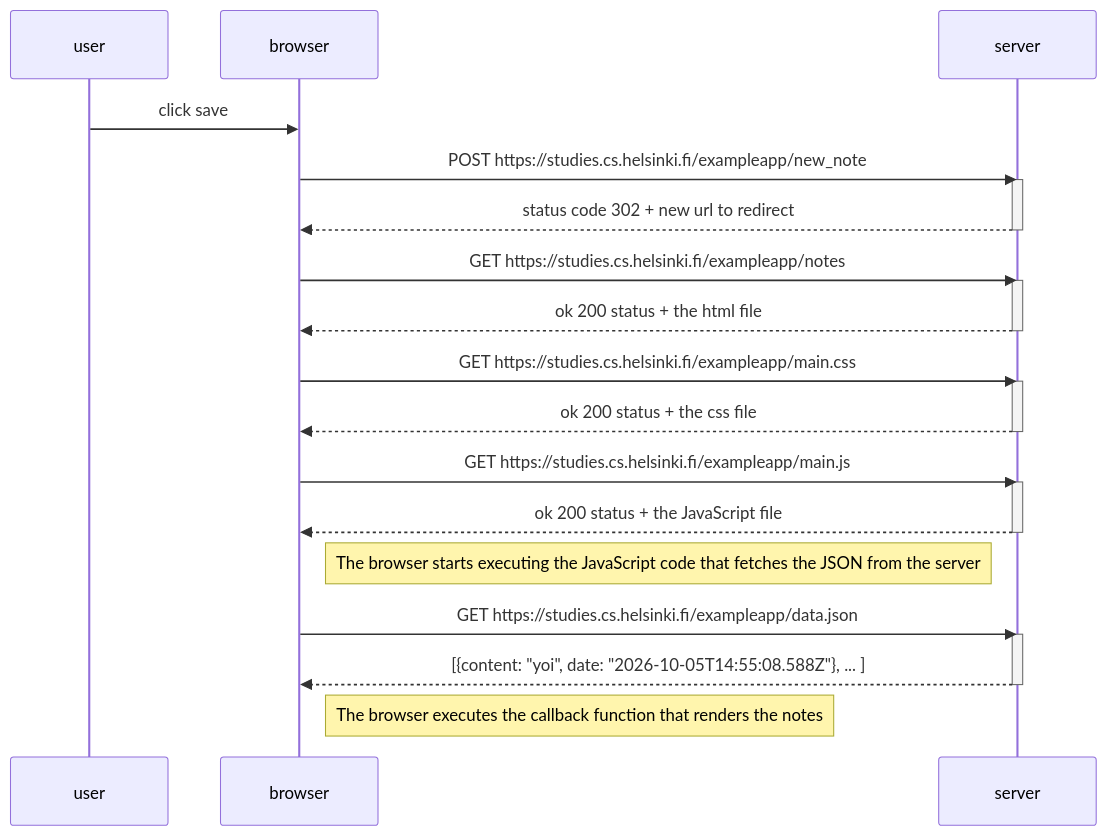
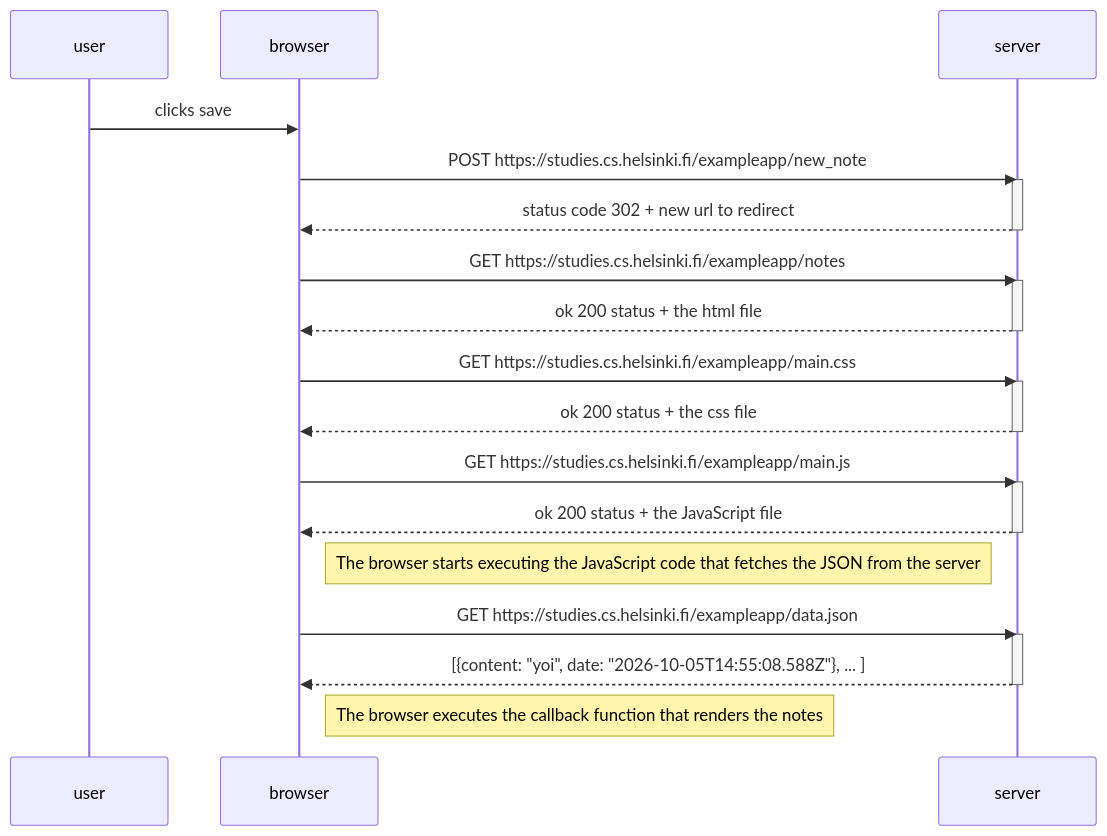
The diagram in part_0/new_note_diagram.md (M-Tri/fullstack-submissions), drawn with Mermaid before and after one commit. The commit also changed 1 other file, not shown here.

Commit message:
fix: correct verb tense in sequence diagrams

````diff
--- a/part_0/new_note_diagram.md
+++ b/part_0/new_note_diagram.md
@@ -1,37 +1,37 @@
 ```mermaid
 sequenceDiagram
     participant user
     participant browser
     participant server
 
-    user ->> browser: click save
+    user ->> browser: clicks save
     
     browser->>server: POST https://studies.cs.helsinki.fi/exampleapp/new_note
     activate server
     server-->>browser: status code 302 + new url to redirect
     deactivate server
 
     browser->>server: GET https://studies.cs.helsinki.fi/exampleapp/notes
     activate server
     server-->>browser: ok 200 status + the html file
     deactivate server
 
     browser->>server: GET https://studies.cs.helsinki.fi/exampleapp/main.css
     activate server
     server-->>browser: ok 200 status + the css file
     deactivate server
 
     browser->>server: GET https://studies.cs.helsinki.fi/exampleapp/main.js
     activate server
     server-->>browser: ok 200 status + the JavaScript file
     deactivate server
 
     Note right of browser: The browser starts executing the JavaScript code that fetches the JSON from the server
 
     browser->>server: GET https://studies.cs.helsinki.fi/exampleapp/data.json
     activate server
     server-->>browser: [{content: "yoi", date: "2026-10-05T14:55:08.588Z"}, ... ]
     deactivate server
 
     Note right of browser: The browser executes the callback function that renders the notes
 ```
````
